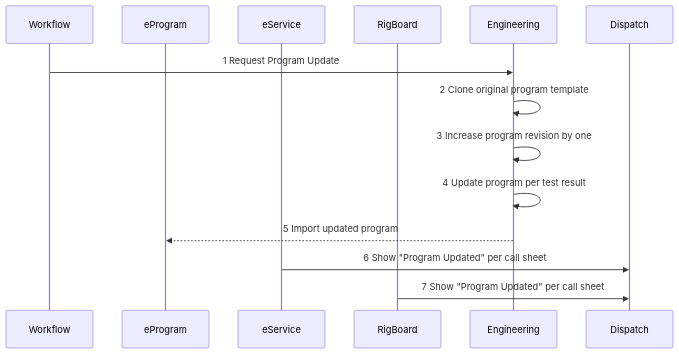
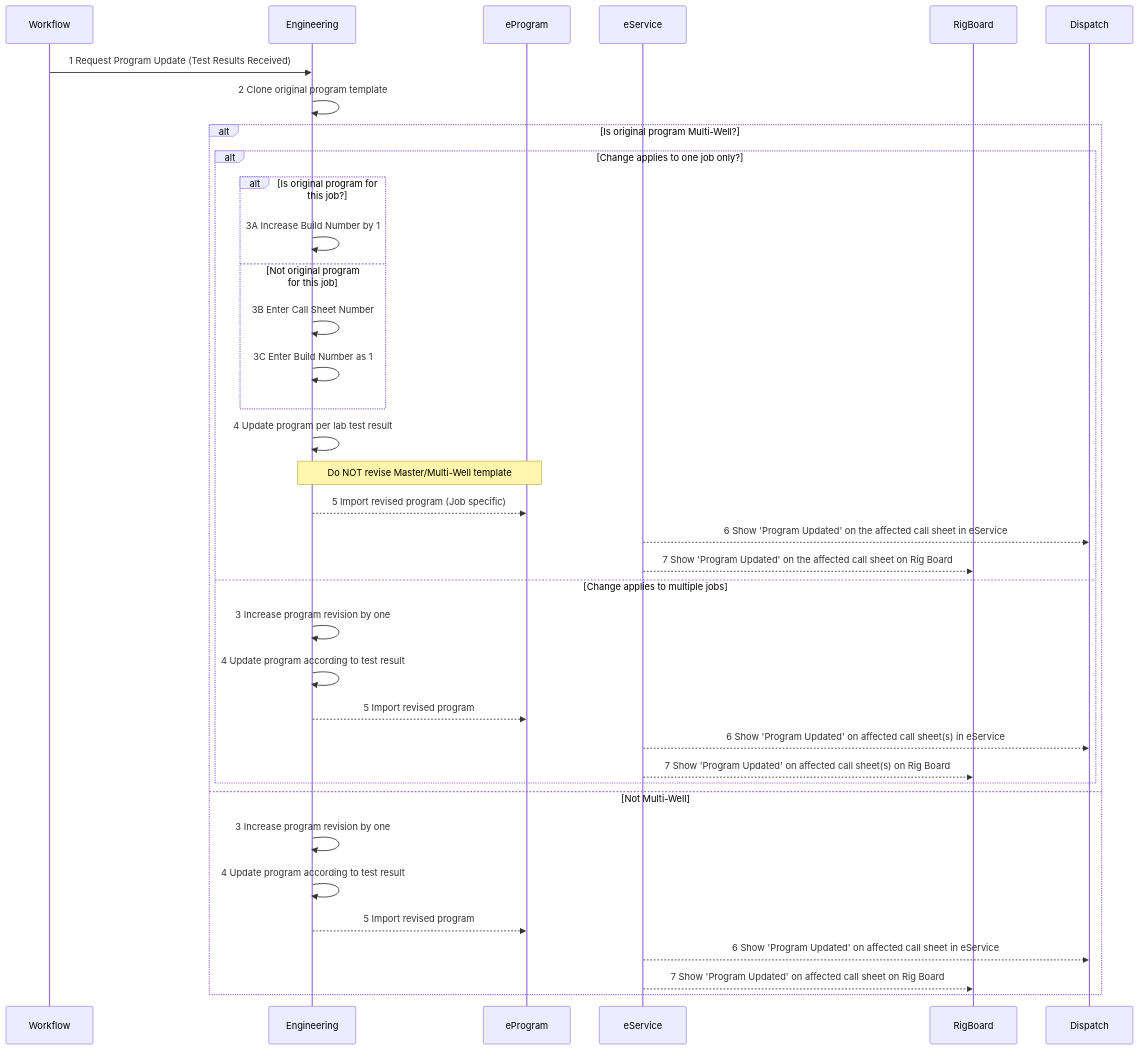
One commit to Sanjel-Energy-Services/eService_WorkItems changed the diagram in Documents/04 - Cementing Service Request/09 - Prepare Material/05 - Blend Approval Process/10 - Program Update/collaboration.md. Above: the diagram before and after it, drawn with Mermaid. The commit also changed 1 other file, not shown here.

Commit message:
Update Program process per multi-well

````diff
--- a/Documents/04 - Cementing Service Request/09 - Prepare Material/05 - Blend Approval Process/10 - Program Update/collaboration.md
+++ b/Documents/04 - Cementing Service Request/09 - Prepare Material/05 - Blend Approval Process/10 - Program Update/collaboration.md
@@ -4,19 +4,40 @@
 ```mermaid
 sequenceDiagram
     participant Workflow
+    participant Engineering
     participant eProgram
     participant eService
     participant RigBoard
-    participant Engineering
     participant Dispatch
 
-
-    Workflow->>Engineering: 1 Request Program Update
+    Workflow->>Engineering: 1 Request Program Update (Test Results Received)
     Engineering->>Engineering: 2 Clone original program template
-    Engineering->>Engineering: 3 Increase program revision by one
-    Engineering->>Engineering: 4 Update program per test result
-    Engineering-->>eProgram: 5 Import updated program
-    eService->>Dispatch: 6 Show "Program Updated" per call sheet
-    RigBoard->>Dispatch: 7 Show "Program Updated" per call sheet
+    alt Is original program Multi-Well?
+        alt Change applies to one job only?
+            alt Is original program for this job?
+                Engineering->>Engineering: 3A Increase Build Number by 1
+            else Not original program for this job
+                Engineering->>Engineering: 3B Enter Call Sheet Number
+                Engineering->>Engineering: 3C Enter Build Number as 1
+            end
+            Engineering->>Engineering: 4 Update program per lab test result
+            Note over Engineering,eProgram: Do NOT revise Master/Multi-Well template
+            Engineering-->>eProgram: 5 Import revised program (Job specific)
+            eService-->>Dispatch: 6 Show 'Program Updated' on the affected call sheet in eService
+            eService-->>RigBoard: 7 Show 'Program Updated' on the affected call sheet on Rig Board
+        else Change applies to multiple jobs
+            Engineering->>Engineering: 3 Increase program revision by one
+            Engineering->>Engineering: 4 Update program according to test result
+            Engineering-->>eProgram: 5 Import revised program
+            eService-->>Dispatch: 6 Show 'Program Updated' on affected call sheet(s) in eService
+            eService-->>RigBoard: 7 Show 'Program Updated' on affected call sheet(s) on Rig Board
+        end
+    else Not Multi-Well
+        Engineering->>Engineering: 3 Increase program revision by one
+        Engineering->>Engineering: 4 Update program according to test result
+        Engineering-->>eProgram: 5 Import revised program
+        eService-->>Dispatch: 6 Show 'Program Updated' on affected call sheet in eService
+        eService-->>RigBoard: 7 Show 'Program Updated' on affected call sheet on Rig Board
+    end
 
 ```
````
